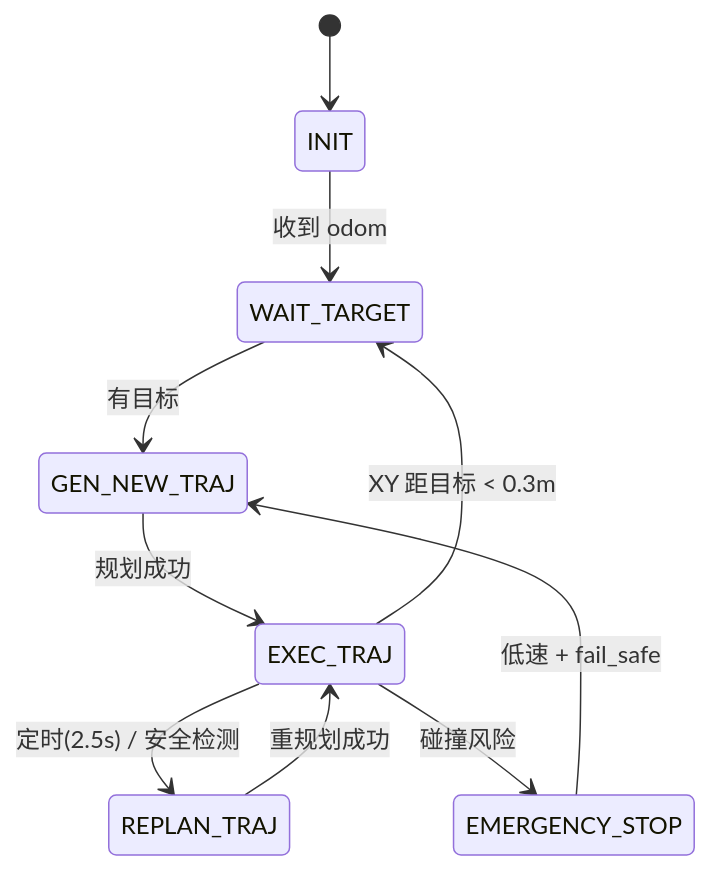
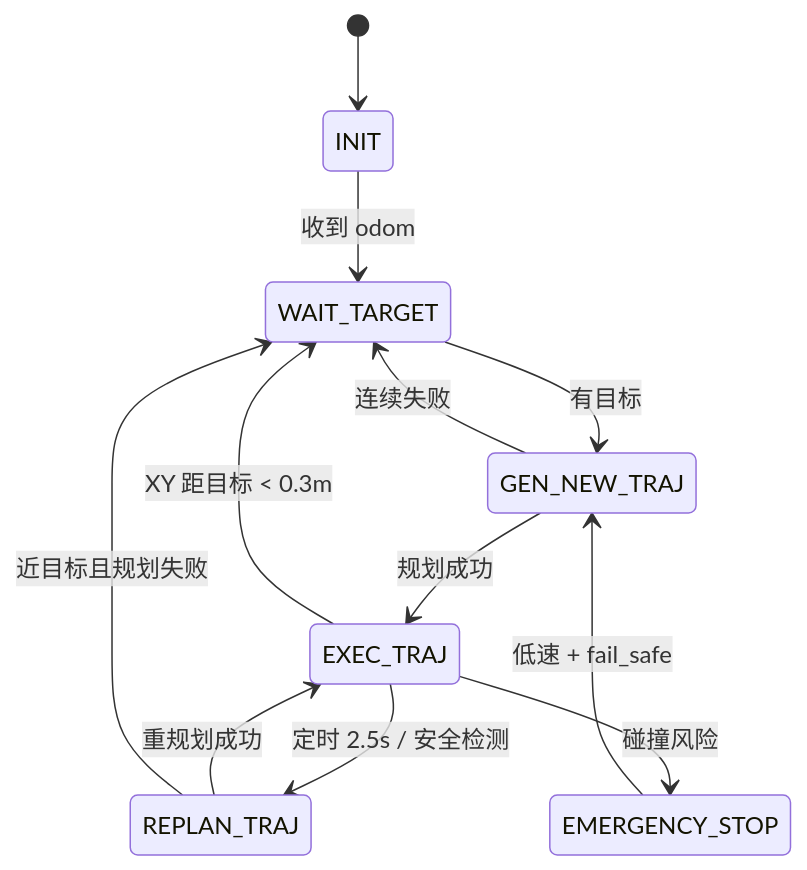
Before and after one commit to h6angel/d1pro: the third of 5 diagrams in docs/05_demo.md, drawn with Mermaid. The commit also changed other lines of this file and 2 other files, not shown here.

````diff
--- a/docs/05_demo.md
+++ b/docs/05_demo.md
@@ -162,12 +152,14 @@
 ```mermaid
 stateDiagram-v2
     [*] --> INIT
     INIT --> WAIT_TARGET: 收到 odom
     WAIT_TARGET --> GEN_NEW_TRAJ: 有目标
     GEN_NEW_TRAJ --> EXEC_TRAJ: 规划成功
-    EXEC_TRAJ --> REPLAN_TRAJ: 定时(2.5s) / 安全检测
+    GEN_NEW_TRAJ --> WAIT_TARGET: 连续失败
+    EXEC_TRAJ --> REPLAN_TRAJ: 定时 2.5s / 安全检测
     REPLAN_TRAJ --> EXEC_TRAJ: 重规划成功
+    REPLAN_TRAJ --> WAIT_TARGET: 近目标且规划失败
     EXEC_TRAJ --> WAIT_TARGET: XY 距目标 < 0.3m
     EXEC_TRAJ --> EMERGENCY_STOP: 碰撞风险
     EMERGENCY_STOP --> GEN_NEW_TRAJ: 低速 + fail_safe
 ```
````
